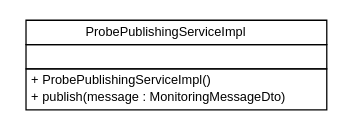
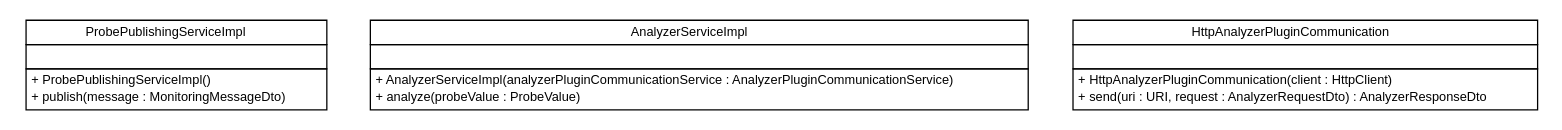
One commit to serene-project/serene-collector changed the diagram in apidocs/net/sereneproject/collector/service/impl/net.sereneproject.collector.service.impl.dot. Above: the diagram before and after it, drawn with Graphviz. The commit also changed 307 other files, not shown here.

```diff
--- a/apidocs/net/sereneproject/collector/service/impl/net.sereneproject.collector.service.impl.dot
+++ b/apidocs/net/sereneproject/collector/service/impl/net.sereneproject.collector.service.impl.dot
@@ -1,25 +1,51 @@
 #!/usr/local/bin/dot
 #
 # Class diagram 
 # Generated by UMLGraph version 5.1 (http://www.umlgraph.org/)
 #
 
 digraph G {
 	edge [fontname="Helvetica",fontsize=10,labelfontname="Helvetica",labelfontsize=10];
 	node [fontname="Helvetica",fontsize=10,shape=plaintext];
 	nodesep=0.25;
 	ranksep=0.5;
 	// net.sereneproject.collector.service.impl.ProbePublishingServiceImpl
-	c42 [label=<<table title="net.sereneproject.collector.service.impl.ProbePublishingServiceImpl" border="0" cellborder="1" cellspacing="0" cellpadding="2" port="p" href="./ProbePublishingServiceImpl.html">
+	c53 [label=<<table title="net.sereneproject.collector.service.impl.ProbePublishingServiceImpl" border="0" cellborder="1" cellspacing="0" cellpadding="2" port="p" href="./ProbePublishingServiceImpl.html">
 		<tr><td><table border="0" cellspacing="0" cellpadding="1">
 <tr><td align="center" balign="center"> ProbePublishingServiceImpl </td></tr>
 		</table></td></tr>
 		<tr><td><table border="0" cellspacing="0" cellpadding="1">
 <tr><td align="left" balign="left">  </td></tr>
 		</table></td></tr>
 		<tr><td><table border="0" cellspacing="0" cellpadding="1">
 <tr><td align="left" balign="left"> + ProbePublishingServiceImpl() </td></tr>
 <tr><td align="left" balign="left"> + publish(message : MonitoringMessageDto) </td></tr>
 		</table></td></tr>
 		</table>>, fontname="Helvetica", fontcolor="black", fontsize=10.0];
+	// net.sereneproject.collector.service.impl.AnalyzerServiceImpl
+	c54 [label=<<table title="net.sereneproject.collector.service.impl.AnalyzerServiceImpl" border="0" cellborder="1" cellspacing="0" cellpadding="2" port="p" href="./AnalyzerServiceImpl.html">
+		<tr><td><table border="0" cellspacing="0" cellpadding="1">
+<tr><td align="center" balign="center"> AnalyzerServiceImpl </td></tr>
+		</table></td></tr>
+		<tr><td><table border="0" cellspacing="0" cellpadding="1">
+<tr><td align="left" balign="left">  </td></tr>
+		</table></td></tr>
+		<tr><td><table border="0" cellspacing="0" cellpadding="1">
+<tr><td align="left" balign="left"> + AnalyzerServiceImpl(analyzerPluginCommunicationService : AnalyzerPluginCommunicationService) </td></tr>
+<tr><td align="left" balign="left"> + analyze(probeValue : ProbeValue) </td></tr>
+		</table></td></tr>
+		</table>>, fontname="Helvetica", fontcolor="black", fontsize=10.0];
+	// net.sereneproject.collector.service.impl.HttpAnalyzerPluginCommunication
+	c55 [label=<<table title="net.sereneproject.collector.service.impl.HttpAnalyzerPluginCommunication" border="0" cellborder="1" cellspacing="0" cellpadding="2" port="p" href="./HttpAnalyzerPluginCommunication.html">
+		<tr><td><table border="0" cellspacing="0" cellpadding="1">
+<tr><td align="center" balign="center"> HttpAnalyzerPluginCommunication </td></tr>
+		</table></td></tr>
+		<tr><td><table border="0" cellspacing="0" cellpadding="1">
+<tr><td align="left" balign="left">  </td></tr>
+		</table></td></tr>
+		<tr><td><table border="0" cellspacing="0" cellpadding="1">
+<tr><td align="left" balign="left"> + HttpAnalyzerPluginCommunication(client : HttpClient) </td></tr>
+<tr><td align="left" balign="left"> + send(uri : URI, request : AnalyzerRequestDto) : AnalyzerResponseDto </td></tr>
+		</table></td></tr>
+		</table>>, fontname="Helvetica", fontcolor="black", fontsize=10.0];
 }
```
